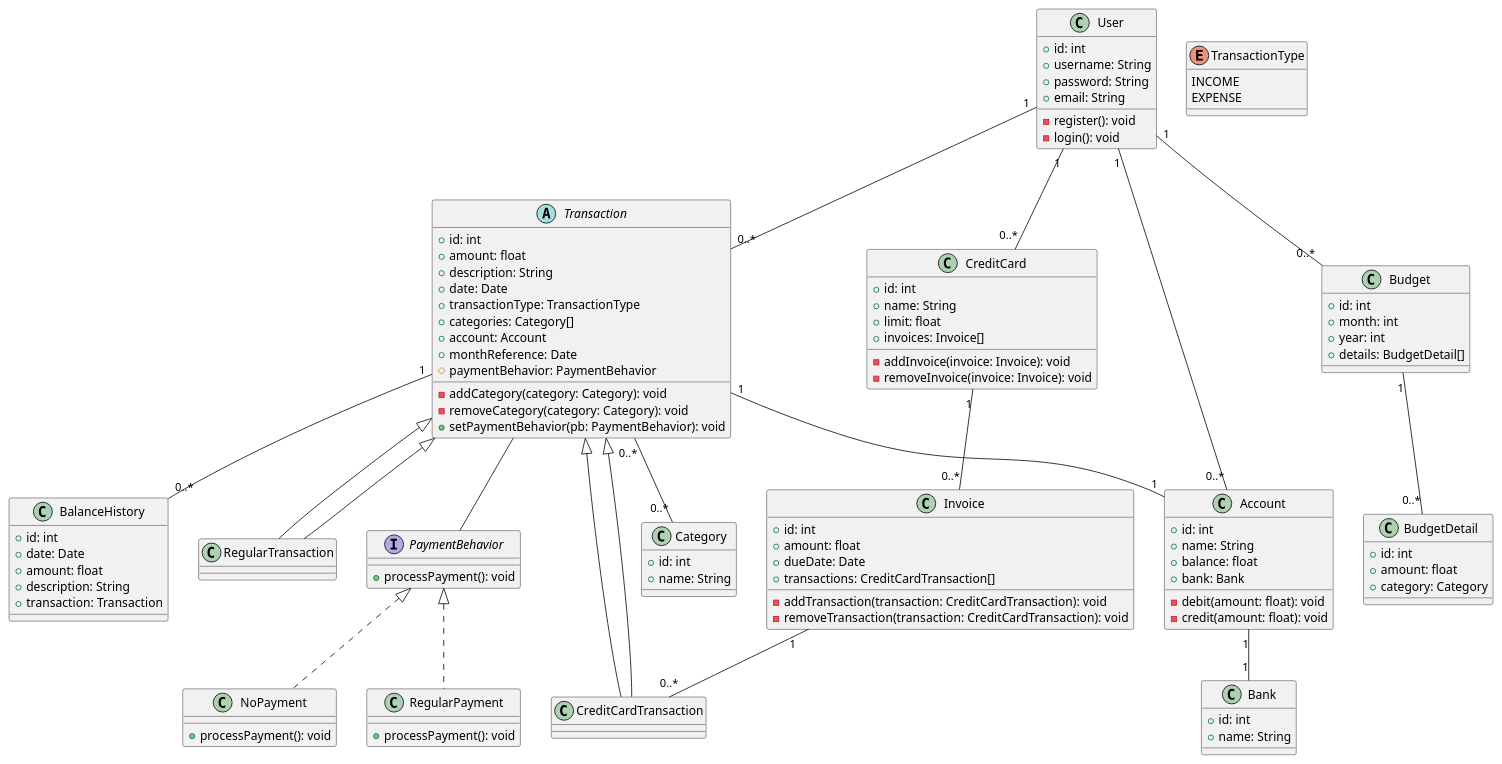
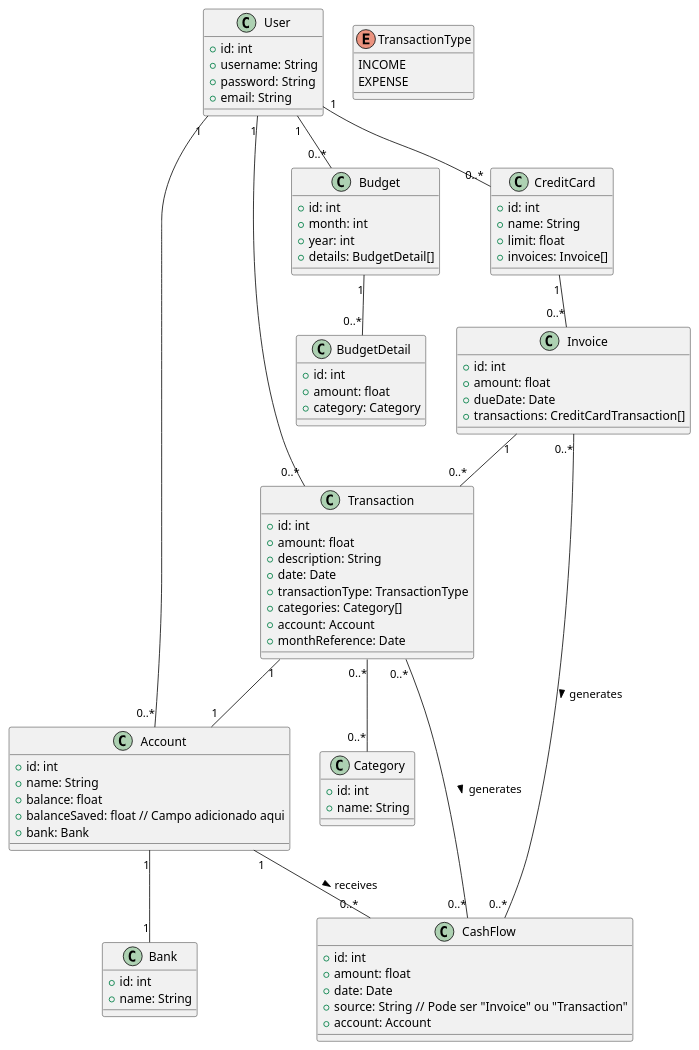
One commit to ThiagoSchumann/fintrackr changed the diagram in diagrams/fintrackr-back-end-monolith-class-diagram.puml. Above: the diagram before and after it, drawn with PlantUML.

Commit message:
update class diagram

```diff
--- a/diagrams/fintrackr-back-end-monolith-class-diagram.puml
+++ b/diagrams/fintrackr-back-end-monolith-class-diagram.puml
@@ -1,124 +1,92 @@
 @startuml
-
-interface PaymentBehavior {
-    +processPayment(): void
-}
-
-class RegularPayment implements PaymentBehavior {
-    +processPayment(): void
-}
-
-class NoPayment implements PaymentBehavior {
-    +processPayment(): void
-}
-
 class User {
     +id: int
     +username: String
     +password: String
     +email: String
-    -register(): void
-    -login(): void
 }
 
-abstract class Transaction {
+class Transaction {
     +id: int
     +amount: float
     +description: String
     +date: Date
     +transactionType: TransactionType
     +categories: Category[]
     +account: Account
     +monthReference: Date
-    -addCategory(category: Category): void
-    -removeCategory(category: Category): void
-    #paymentBehavior: PaymentBehavior
-    +setPaymentBehavior(pb: PaymentBehavior): void
-}
-
-class RegularTransaction extends Transaction {
-}
-
-class CreditCardTransaction extends Transaction {
 }
 
 enum TransactionType {
     INCOME
     EXPENSE
 }
 
 class Category {
     +id: int
     +name: String
 }
 
 class CreditCard {
     +id: int
     +name: String
     +limit: float
     +invoices: Invoice[]
-    -addInvoice(invoice: Invoice): void
-    -removeInvoice(invoice: Invoice): void
 }
 
 class Invoice {
     +id: int
     +amount: float
     +dueDate: Date
     +transactions: CreditCardTransaction[]
-    -addTransaction(transaction: CreditCardTransaction): void
-    -removeTransaction(transaction: CreditCardTransaction): void
 }
 
 class Budget {
     +id: int
     +month: int
     +year: int
     +details: BudgetDetail[]
 }
 
 class BudgetDetail {
     +id: int
     +amount: float
     +category: Category
 }
 
 class Account {
     +id: int
     +name: String
     +balance: float
+    +balanceSaved: float // Campo adicionado aqui
     +bank: Bank
-    -debit(amount: float): void
-    -credit(amount: float): void
 }
 
 class Bank {
     +id: int
     +name: String
 }
 
-class BalanceHistory {
+class CashFlow {
     +id: int
+    +amount: float
     +date: Date
-    +amount: float
-    +description: String
-    +transaction: Transaction
+    +source: String // Pode ser "Invoice" ou "Transaction"
+    +account: Account
 }
 
 User "1" -- "0..*" Transaction
 Transaction "0..*" -- "0..*" Category
 Transaction "1" -- "1" Account
 User "1" -- "0..*" CreditCard
 CreditCard "1" -- "0..*" Invoice
-Invoice "1" -- "0..*" CreditCardTransaction
+Invoice "1" -- "0..*" Transaction
 User "1" -- "0..*" Budget
 Budget "1" -- "0..*" BudgetDetail
 User "1" -- "0..*" Account
 Account "1" -- "1" Bank
-Transaction "1" -- "0..*" BalanceHistory
 
-Transaction <|-- RegularTransaction
-Transaction <|-- CreditCardTransaction
-Transaction -- PaymentBehavior
-
+Invoice "0..*" -- "0..*" CashFlow : generates >
+Transaction "0..*" -- "0..*" CashFlow : generates >
+Account "1" -- "0..*" CashFlow : receives >
 @enduml
```
